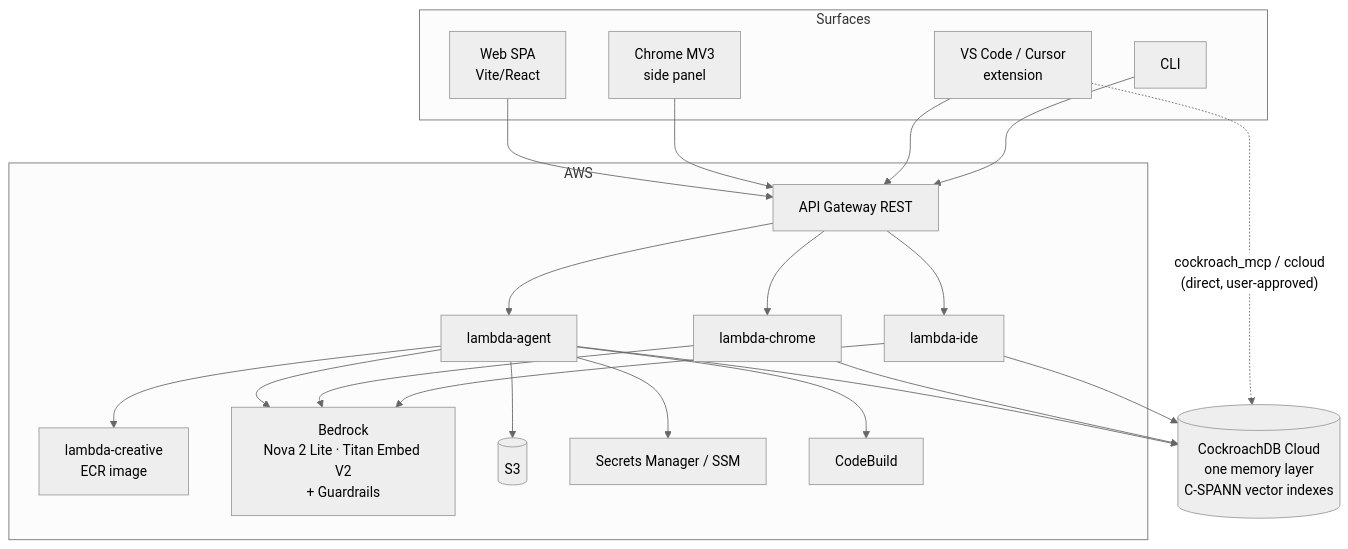
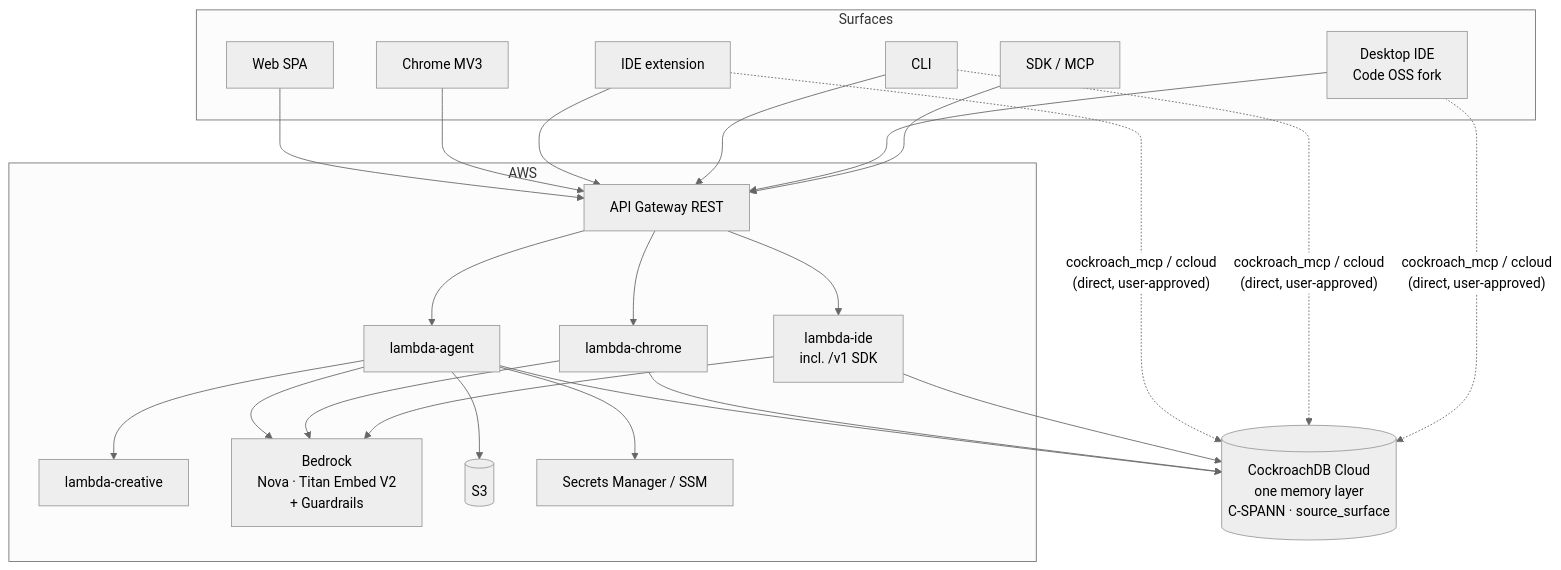
One commit to Tolu-Orina/walkcroach changed the diagram in docs/hackathon-submission.md. Above: the diagram before and after it, drawn with Mermaid (neutral theme). The commit also changed other lines of this file and 132 other files, not shown here.

````diff
--- a/docs/hackathon-submission.md
+++ b/docs/hackathon-submission.md
@@ -195,35 +111,37 @@
 ```mermaid
 flowchart TB
     subgraph Surfaces
-        W[Web SPA<br/>Vite/React]
-        C[Chrome MV3<br/>side panel]
-        I[VS Code / Cursor<br/>extension]
+        W[Web SPA]
+        C[Chrome MV3]
+        I[IDE extension]
         L[CLI]
+        D[Desktop IDE<br/>Code OSS fork]
+        S[SDK / MCP]
     end
 
     subgraph AWS
         AG[API Gateway REST]
         LA[lambda-agent]
         LC[lambda-chrome]
-        LI[lambda-ide]
-        LX[lambda-creative<br/>ECR image]
-        BR[Bedrock<br/>Nova 2 Lite · Titan Embed V2<br/>+ Guardrails]
+        LI[lambda-ide<br/>incl. /v1 SDK]
+        LX[lambda-creative]
+        BR[Bedrock<br/>Nova · Titan Embed V2<br/>+ Guardrails]
         S3[(S3)]
         SM[Secrets Manager / SSM]
-        CB[CodeBuild]
     end
 
-    CRDB[(CockroachDB Cloud<br/>one memory layer<br/>C-SPANN vector indexes)]
+    CRDB[(CockroachDB Cloud<br/>one memory layer<br/>C-SPANN · source_surface)]
 
     W --> AG
     C --> AG
     I --> AG
     L --> AG
+    D --> AG
+    S --> AG
     AG --> LA & LC & LI
     LA --> LX
     LA & LC & LI --> BR
     LA & LC & LI --> CRDB
-    LA --> S3 & SM & CB
-
-    I -. "cockroach_mcp / ccloud<br/>(direct, user-approved)" .-> CRDB
+    LA --> S3 & SM
+    I & L & D -. "cockroach_mcp / ccloud<br/>(direct, user-approved)" .-> CRDB
 ```
````
